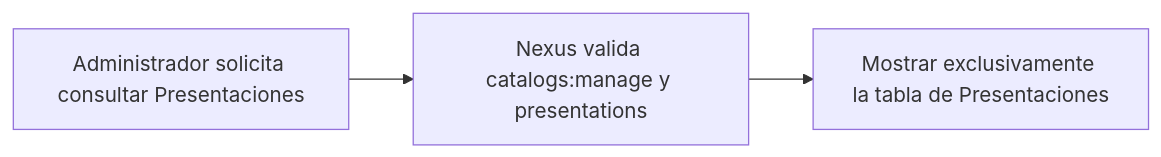
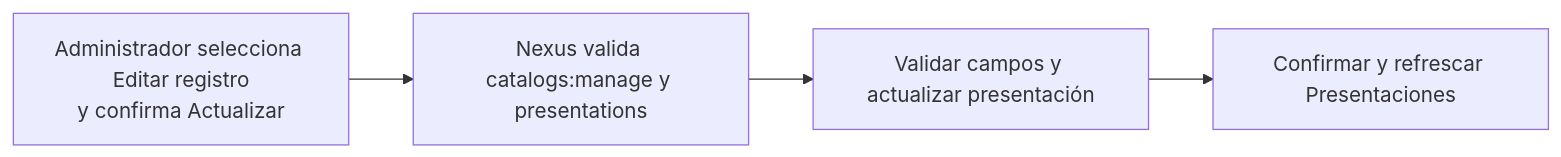
The diagram in docs/requirements/diagrams/catalogs/cu-cat-33.md (gpgsistemas01/nexus), drawn with Mermaid before and after one commit. The commit also changed other lines of this file and 207 other files, not shown here.

````diff
--- a/docs/requirements/diagrams/catalogs/cu-cat-33.md
+++ b/docs/requirements/diagrams/catalogs/cu-cat-33.md
@@ -3,5 +3,6 @@
 ```mermaid
 flowchart LR
-    request["Administrador solicita consultar Presentaciones"] --> authorize["Nexus valida catalogs:manage y presentations"]
-    authorize --> result["Mostrar exclusivamente la tabla de Presentaciones"]
+    request["Administrador selecciona Editar registro<br/>y confirma Actualizar"] --> authorize["Nexus valida catalogs:manage y presentations"]
+    authorize --> persist["Validar campos y actualizar presentación"]
+    persist --> result["Confirmar y refrescar Presentaciones"]
 ```
````
